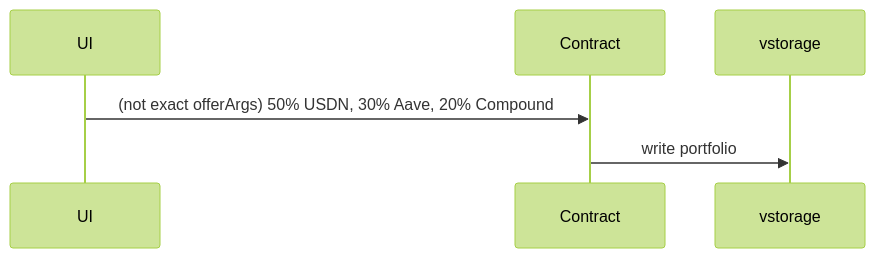
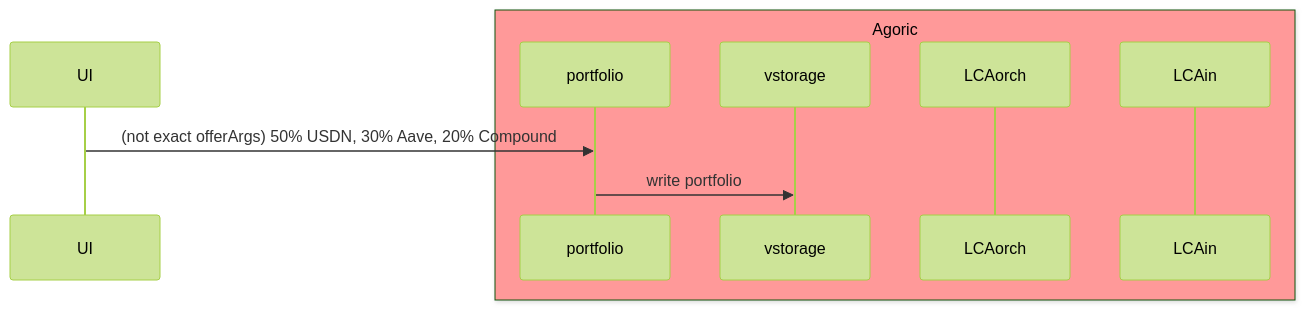
The second of 6 diagrams in packages/portfolio-contract/DESIGN-BETA.md (Agoric/agoric-sdk), drawn with Mermaid (forest theme) before and after one commit. The commit also changed other lines of this file, not shown here.

Commit message:
docs(portfolio-contract): update sequence diagrams

````diff
--- a/packages/portfolio-contract/DESIGN-BETA.md
+++ b/packages/portfolio-contract/DESIGN-BETA.md
@@ -38,5 +36,13 @@
 ```mermaid
 sequenceDiagram
-  UI ->> Contract: (not exact offerArgs) 50% USDN, 30% Aave, 20% Compound
-  Contract ->> vstorage: write portfolio
+  UI ->> portfolio: (not exact offerArgs) 50% USDN, 30% Aave, 20% Compound
+
+  box rgb(255,153,153) Agoric
+    participant portfolio
+    participant vstorage
+    participant LCAorch
+    participant LCAin
+  end
+
+  portfolio ->> vstorage: write portfolio
 ```
````
